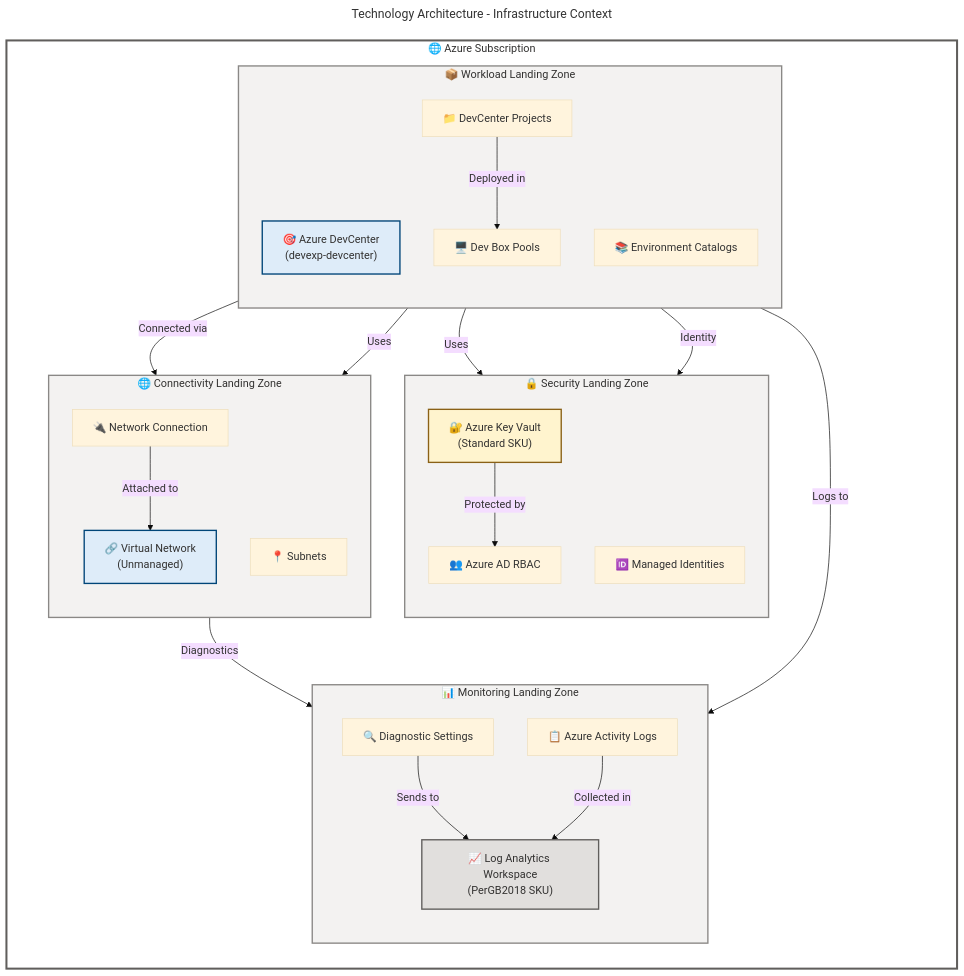
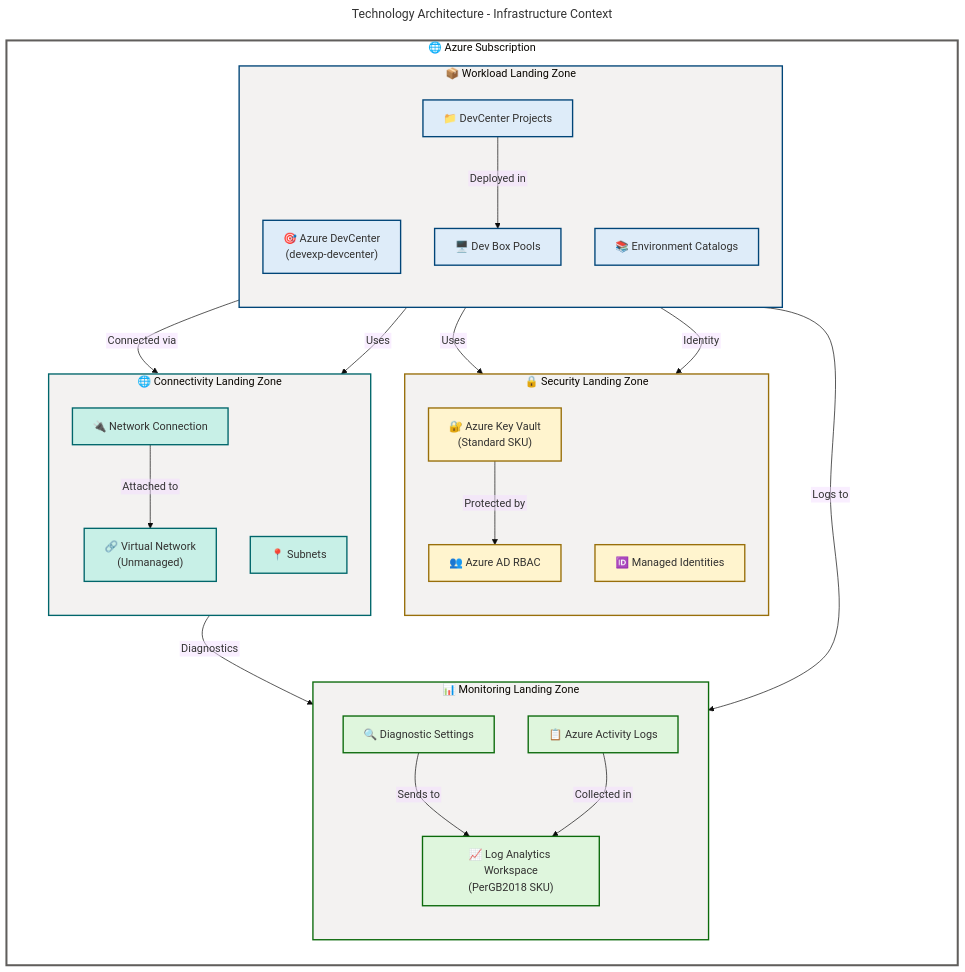
The first of 4 diagrams in docs/architecture/Technology-Architecture.md (Evilazaro/DevExp-DevBox), drawn with Mermaid before and after one commit. The commit also changed other lines of this file, not shown here.

````diff
--- a/docs/architecture/Technology-Architecture.md
+++ b/docs/architecture/Technology-Architecture.md
@@ -100,52 +121,61 @@
   theme: base
   themeVariables:
     fontSize: '16px'
+  flowchart:
+    htmlLabels: false
+    curve: cardinal
+    nodeSpacing: 50
+    rankSpacing: 50
 ---
 graph TB
     accTitle: DevExp-DevBox Infrastructure Context Diagram
-    accDescr: High-level view of Azure infrastructure components organized by landing zone with connectivity and security layers
+    accDescr: High-level view of Azure infrastructure components organized by landing zone with connectivity and security layers showing resource relationships. WCAG AA compliant.
 
     %% ═══════════════════════════════════════════════════════════════════════════
     %% AZURE / FLUENT ARCHITECTURE PATTERN v1.1
     %% (Semantic + Structural + Font + Accessibility Governance)
     %% ═══════════════════════════════════════════════════════════════════════════
     %% PHASE 1 - STRUCTURAL: TB direction explicit, landing zone hierarchy
-    %% PHASE 2 - SEMANTIC: Neutral orchestration pattern (all infrastructure peers)
+    %% PHASE 2 - SEMANTIC: 4 semantic colors with landing zone justification:
+    %%   azureBlue (#DEECF9) = workload landing zone
+    %%   sharedYellow (#FFF4CE) = security landing zone
+    %%   successGreen (#DFF6DD) = monitoring landing zone
+    %%   presenceTeal (#C8F0E7) = connectivity landing zone
     %% PHASE 3 - FONT: Dark text (#323130) on light backgrounds, WCAG AA contrast
-    %% PHASE 4 - ACCESSIBILITY: accTitle/accDescr present
-    %% PHASE 5 - STANDARD: Governance block present
+    %% PHASE 4 - ACCESSIBILITY: accTitle/accDescr present, all nodes have emoji icons
+    %% PHASE 5 - STANDARD: 5 nested subgraphs with semantic colors
     %% ═══════════════════════════════════════════════════════════════════════════
 
     subgraph AzureSubscription["🌐 Azure Subscription"]
         direction TB
-        
+
         subgraph WorkloadLZ["📦 Workload Landing Zone"]
             direction TB
-            DevCenter["🎯 Azure DevCenter<br/>(devexp-devcenter)"]
-            Projects["📁 DevCenter Projects"]
-            Catalogs["📚 Environment Catalogs"]
-            Pools["🖥️ Dev Box Pools"]
+            DevCenter["🎯 Azure DevCenter<br/>(devexp-devcenter)"]:::azureBlue
+            Projects["📁 DevCenter Projects"]:::azureBlue
+            Catalogs["📚 Environment Catalogs"]:::azureBlue
+            Pools["🖥️ Dev Box Pools"]:::azureBlue
         end
 
         subgraph SecurityLZ["🔒 Security Landing Zone"]
             direction TB
-            KeyVault["🔐 Azure Key Vault<br/>(Standard SKU)"]
-            RBAC["👥 Azure AD RBAC"]
-            ManagedIdentity["🆔 Managed Identities"]
+            KeyVault["🔐 Azure Key Vault<br/>(Standard SKU)"]:::sharedYellow
+            RBAC["👥 Azure AD RBAC"]:::sharedYellow
+            ManagedIdentity["🆔 Managed Identities"]:::sharedYellow
         end
 
         subgraph MonitoringLZ["📊 Monitoring Landing Zone"]
             direction TB
-            LogAnalytics["📈 Log Analytics Workspace<br/>(PerGB2018 SKU)"]
-            ActivityLogs["📋 Azure Activity Logs"]
-            DiagSettings["🔍 Diagnostic Settings"]
+            LogAnalytics["📈 Log Analytics Workspace<br/>(PerGB2018 SKU)"]:::successGreen
+            ActivityLogs["📋 Azure Activity Logs"]:::successGreen
+            DiagSettings["🔍 Diagnostic Settings"]:::successGreen
         end
 
         subgraph ConnectivityLZ["🌐 Connectivity Landing Zone"]
             direction TB
-            VNet["🔗 Virtual Network<br/>(Unmanaged)"]
-            Subnets["📍 Subnets"]
-            NetConn["🔌 Network Connection"]
+            VNet["🔗 Virtual Network<br/>(Unmanaged)"]:::presenceTeal
+            Subnets["📍 Subnets"]:::presenceTeal
+            NetConn["🔌 Network Connection"]:::presenceTeal
         end
     end
 
@@ -162,14 +192,26 @@
     DiagSettings -->|Sends to| LogAnalytics
     ActivityLogs -->|Collected in| LogAnalytics
 
-    %% Neutral styling - no semantic colors needed (all infrastructure components)
-    style AzureSubscription fill:#FFFFFF,stroke:#605E5C,stroke-width:3px,color:#323130
-    style WorkloadLZ fill:#F3F2F1,stroke:#8A8886,stroke-width:2px,color:#323130
-    style SecurityLZ fill:#F3F2F1,stroke:#8A8886,stroke-width:2px,color:#323130
-    style MonitoringLZ fill:#F3F2F1,stroke:#8A8886,stroke-width:2px,color:#323130
-    style ConnectivityLZ fill:#F3F2F1,stroke:#8A8886,stroke-width:2px,color:#323130
-    style DevCenter fill:#DEECF9,stroke:#004578,stroke-width:2px,color:#323130
-    style KeyVault fill:#FFF4CE,stroke:#8A6116,stroke-width:2px,color:#323130
-    style LogAnalytics fill:#E1DFDD,stroke:#605E5C,stroke-width:2px,color:#323130
-    style VNet fill:#DEECF9,stroke:#004578,stroke-width:2px,color:#323130
+    %% Required classDef palette (ALL 14 - MANDATORY per MRM-D002)
+    classDef level1Group fill:#FFFFFF,stroke:#605E5C,stroke-width:3px,color:#323130
+    classDef level2Group fill:#F3F2F1,stroke:#605E5C,stroke-width:2px,color:#323130
+    classDef level3Group fill:#E1DFDD,stroke:#605E5C,stroke-width:2px,color:#323130
+    classDef level4Group fill:#D2D0CE,stroke:#605E5C,stroke-width:1px,color:#323130
+    classDef mainGroup fill:#FFFFFF,stroke:#605E5C,stroke-width:3px,color:#323130
+    classDef subGroup fill:#F3F2F1,stroke:#605E5C,stroke-width:2px,color:#323130
+    classDef azureBlue fill:#DEECF9,stroke:#004578,stroke-width:2px,color:#323130
+    classDef successGreen fill:#DFF6DD,stroke:#0B6A0B,stroke-width:2px,color:#323130
+    classDef errorRed fill:#FDE7E9,stroke:#A4262C,stroke-width:2px,color:#323130
+    classDef sharedYellow fill:#FFF4CE,stroke:#986F0B,stroke-width:2px,color:#323130
+    classDef warningOrange fill:#FDE7E9,stroke:#8A3707,stroke-width:2px,color:#323130
+    classDef neutralPurple fill:#E1DFDD,stroke:#5B5FC7,stroke-width:2px,color:#323130
+    classDef presenceTeal fill:#C8F0E7,stroke:#00666B,stroke-width:2px,color:#323130
+    classDef neutralGrey fill:#F3F2F1,stroke:#605E5C,stroke-width:2px,color:#323130
+
+    %% Subgraph styling (5 subgraphs = 5 style directives) - MANDATORY per GATE-2
+    style AzureSubscription fill:#FFFFFF,stroke:#605E5C,stroke-width:3px
+    style WorkloadLZ fill:#F3F2F1,stroke:#004578,stroke-width:2px
+    style SecurityLZ fill:#F3F2F1,stroke:#986F0B,stroke-width:2px
+    style MonitoringLZ fill:#F3F2F1,stroke:#0B6A0B,stroke-width:2px
+    style ConnectivityLZ fill:#F3F2F1,stroke:#00666B,stroke-width:2px
 ```
````
